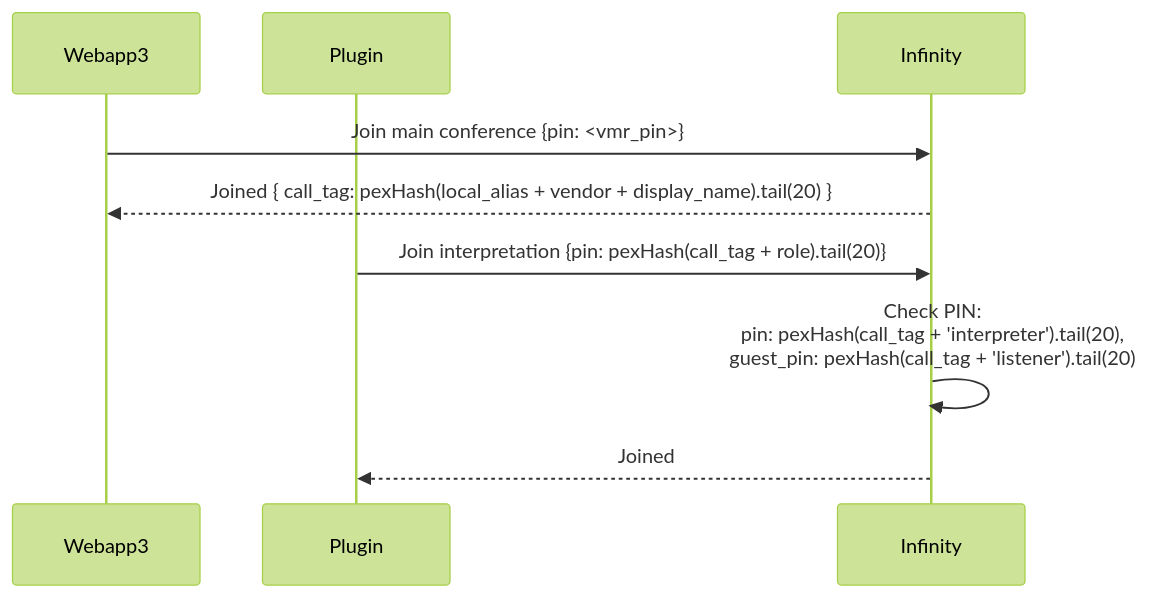
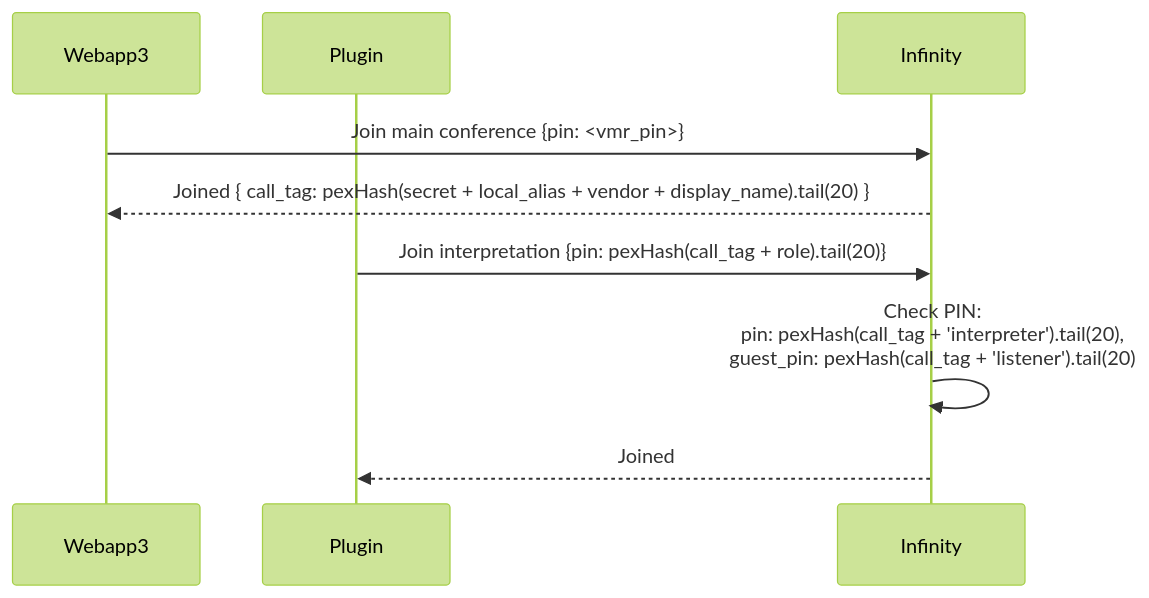
Before and after one commit to pexip/plugin-interpretation: the diagram in README.md, drawn with Mermaid (forest theme). The commit also changed other lines of this file, not shown here.

Commit message:
chore: include the secret in the local policy

````diff
--- a/README.md
+++ b/README.md
@@ -214,12 +216,12 @@
 ```mermaid
 sequenceDiagram
 participant Webapp3
 participant Plugin
 participant Infinity
 
 Webapp3 ->> Infinity: Join main conference {pin: <vmr_pin>}
-Infinity -->> Webapp3: Joined { call_tag: pexHash(local_alias + vendor + display_name).tail(20) }
+Infinity -->> Webapp3: Joined { call_tag: pexHash(secret + local_alias + vendor + display_name).tail(20) }
 Plugin ->> Infinity: Join interpretation {pin: pexHash(call_tag + role).tail(20)}
 Infinity ->> Infinity: Check PIN:<br>pin: pexHash(call_tag + 'interpreter').tail(20),<br>guest_pin: pexHash(call_tag + 'listener').tail(20)
 Infinity -->> Plugin: Joined
 ```
````
